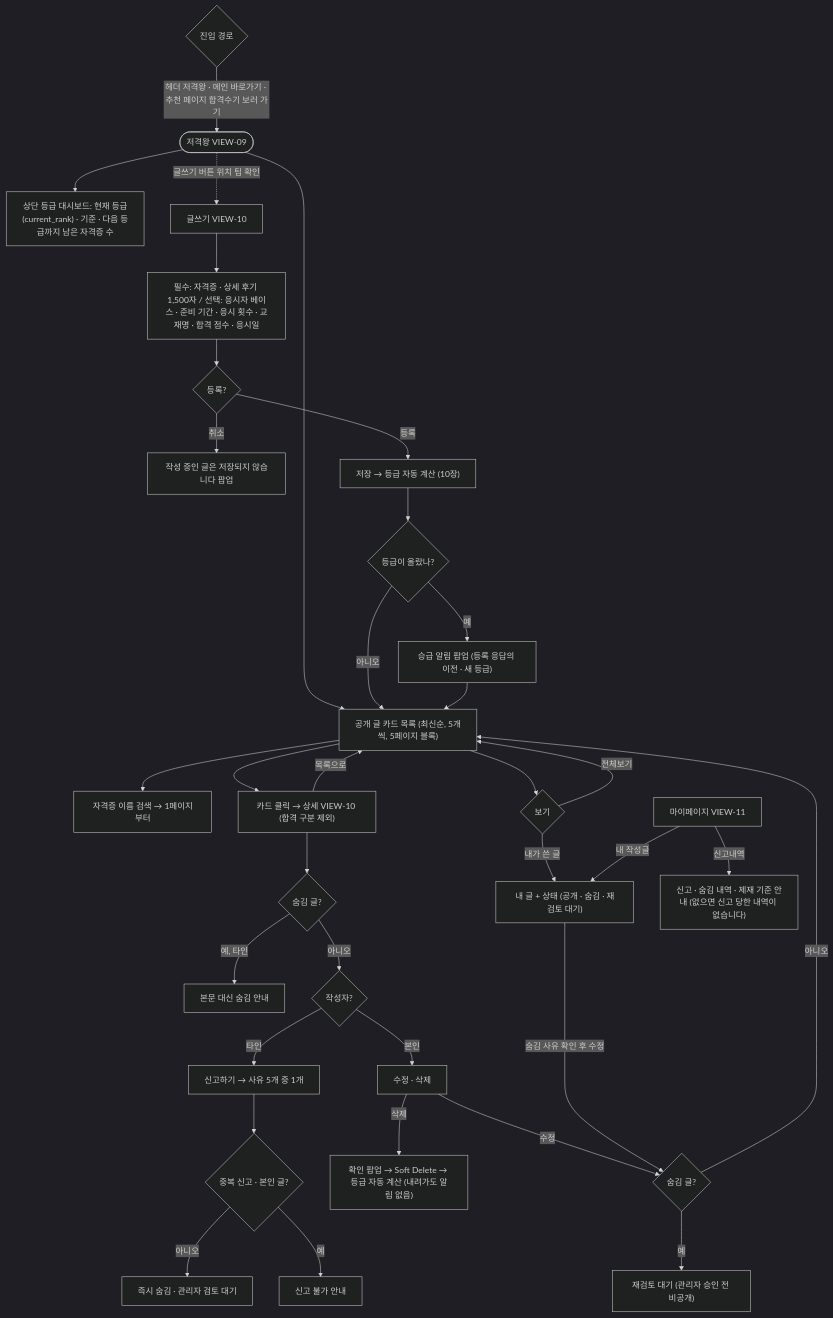
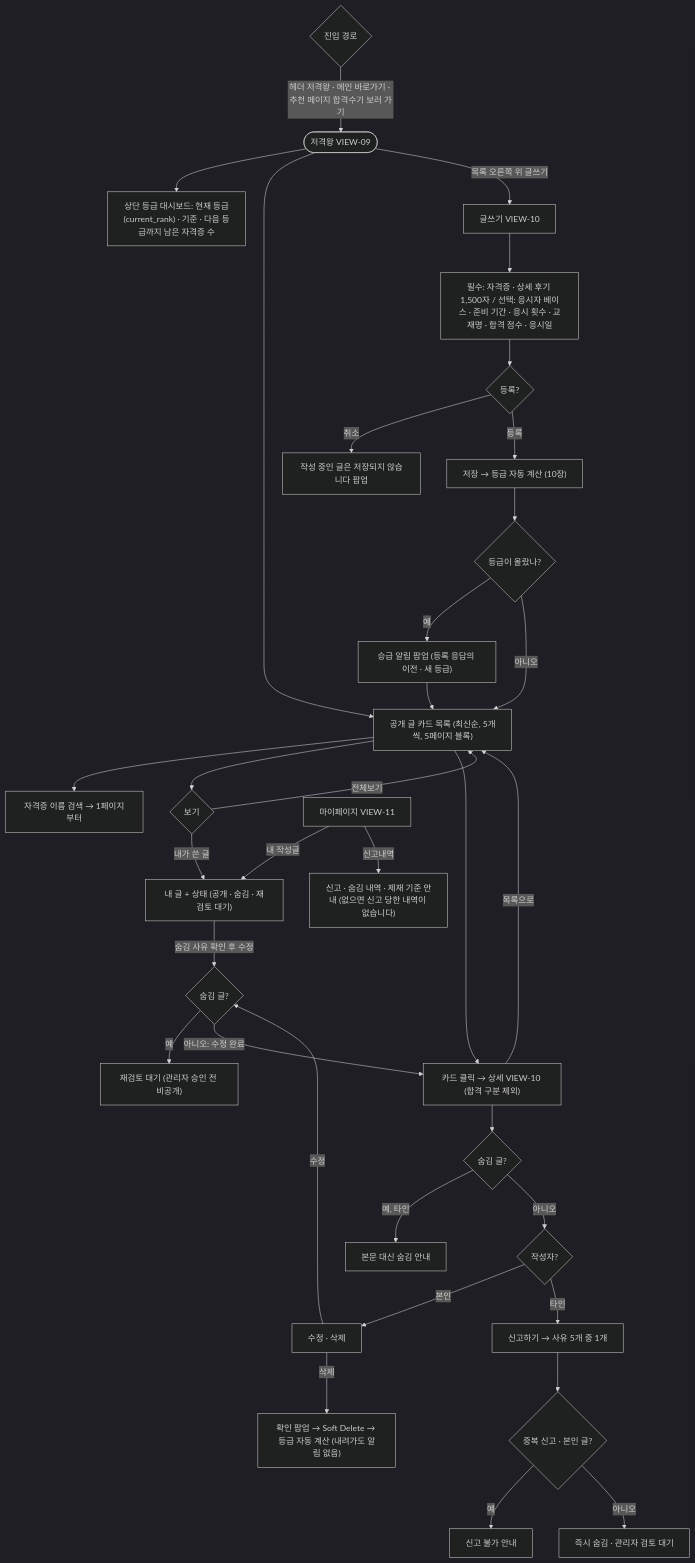
The ninth of 12 diagrams in docs/FLOWCHART.md (team-ap-cert-sniper/cert-sniper), drawn with Mermaid (dark theme) before and after one commit. The commit also changed other lines of this file and 27 other files, not shown here.

````diff
--- a/docs/FLOWCHART.md
+++ b/docs/FLOWCHART.md
@@ -305,36 +311,36 @@
 ```mermaid
 flowchart TD
   IN{"진입 경로"} -->|헤더 저격왕 · 메인 바로가기 · 추천 페이지 합격수기 보러 가기| A(["저격왕 VIEW-09"])
   A --> DB["상단 등급 대시보드: 현재 등급(current_rank) · 기준 · 다음 등급까지 남은 자격증 수"]
   A --> L["공개 글 카드 목록 (최신순, 5개씩, 5페이지 블록)"]
   L --> S["자격증 이름 검색 → 1페이지부터"]
   L --> V{"보기"}
   V -->|전체보기| L
   V -->|내가 쓴 글| MYL["내 글 + 상태 (공개 · 숨김 · 재검토 대기)"]
   L --> D["카드 클릭 → 상세 VIEW-10 (합격 구분 제외)"]
   D --> HID{"숨김 글?"}
   HID -->|예, 타인| HN["본문 대신 숨김 안내"]
   HID -->|아니오| O{"작성자?"}
   O -->|본인| ED["수정 · 삭제"]
   O -->|타인| RP["신고하기 → 사유 5개 중 1개"]
   D -->|목록으로| L
   RP --> RP2{"중복 신고 · 본인 글?"}
   RP2 -->|예| RP3["신고 불가 안내"]
   RP2 -->|아니오| RP4["즉시 숨김 · 관리자 검토 대기"]
-  A -.->|글쓰기 버튼 위치 팀 확인| W["글쓰기 VIEW-10"]
+  A -->|목록 오른쪽 위 글쓰기| W["글쓰기 VIEW-10"]
   W --> W1["필수: 자격증 · 상세 후기 1,500자 / 선택: 응시자 베이스 · 준비 기간 · 응시 횟수 · 교재명 · 합격 점수 · 응시일"]
   W1 --> W2{"등록?"}
   W2 -->|취소| W3["작성 중인 글은 저장되지 않습니다 팝업"]
   W2 -->|등록| W4["저장 → 등급 자동 계산 (10장)"]
   W4 --> UP{"등급이 올랐나?"}
   UP -->|예| UPP["승급 알림 팝업 (등록 응답의 이전 · 새 등급)"]
   UP -->|아니오| L
   UPP --> L
   ED -->|삭제| DEL["확인 팝업 → Soft Delete → 등급 자동 계산 (내려가도 알림 없음)"]
   ED -->|수정| EDT{"숨김 글?"}
   EDT -->|예| RV["재검토 대기 (관리자 승인 전 비공개)"]
-  EDT -->|아니오| L
+  EDT -->|아니오: 수정 완료| D
   MYL -->|숨김 사유 확인 후 수정| EDT
   MP["마이페이지 VIEW-11"] -->|내 작성글| MYL
   MP -->|신고내역| RH["신고 · 숨김 내역 · 제재 기준 안내 (없으면 신고 당한 내역이 없습니다)"]
 ```
````
